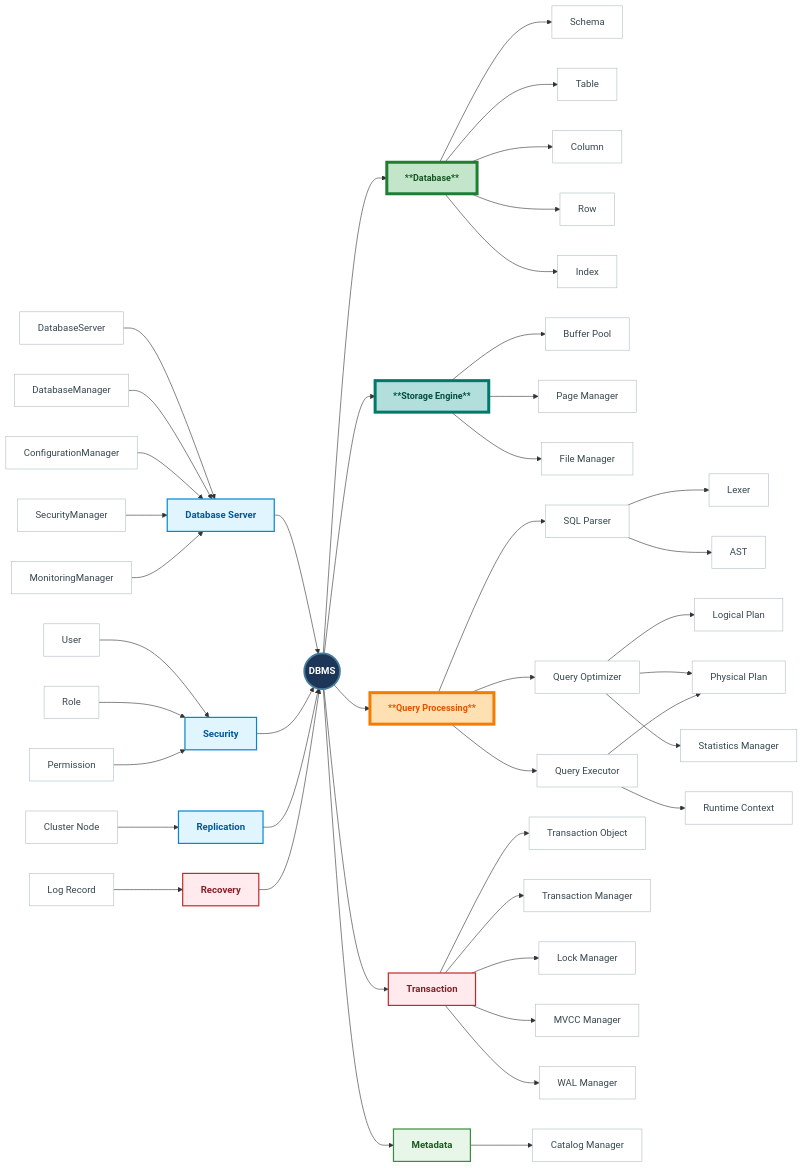
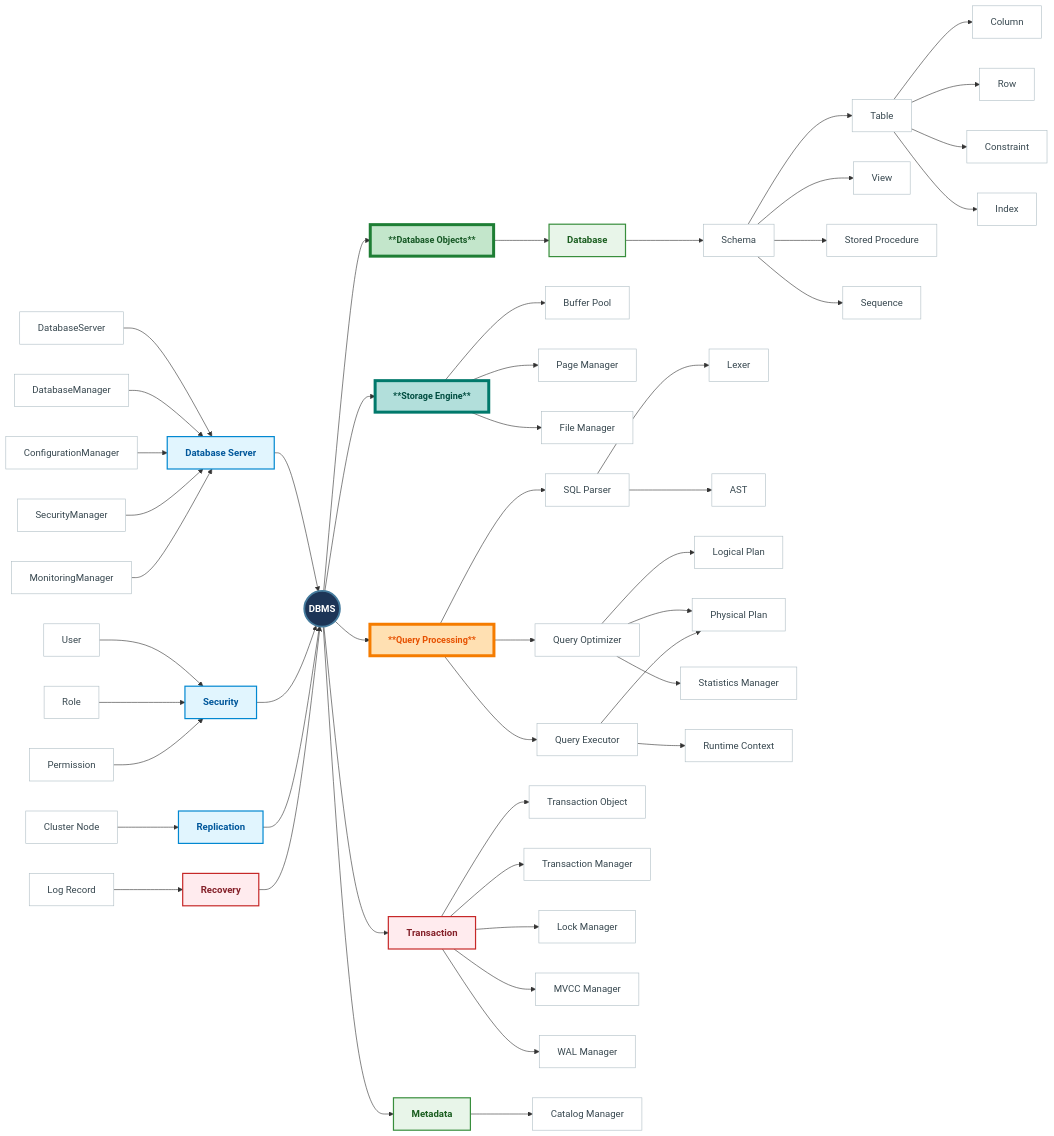
One commit to Huy1801214/dbms-architecture changed the first of 11 diagrams in docs/README.md. Above: the diagram before and after it, drawn with Mermaid. The commit also changed other lines of this file and 2 other files, not shown here.

Commit message:
add DBMS system architecture diagrams and class model documentation

```diff
--- a/docs/README.md
+++ b/docs/README.md
@@ -26,7 +26,8 @@
     LogRecord["Log Record"]:::leafStyle
 
     %% Right-side Branches
-    Database["**Database**"]:::highlightCatalog
+    DatabaseObjects["**Database Objects**"]:::highlightCatalog
+    Database["Database"]:::branchCatalog
     Storage["**Storage Engine**"]:::highlightStorage
     Query["**Query Processing**"]:::highlightQuery
     Transaction["Transaction"]:::branchTx
@@ -36,7 +37,11 @@
     Table["Table"]:::leafStyle
     Column["Column"]:::leafStyle
     Row["Row"]:::leafStyle
+    Constraint["Constraint"]:::leafStyle
     Index["Index"]:::leafStyle
+    View["View"]:::leafStyle
+    StoredProcedure["Stored Procedure"]:::leafStyle
+    Sequence["Sequence"]:::leafStyle
     
     BufferPool["Buffer Pool"]:::leafStyle
     PageManager["Page Manager"]:::leafStyle
@@ -86,17 +91,22 @@
     LogRecord --> Recovery
 
     %% Right Side Connections (pointing right)
-    DBMS --> Database
+    DBMS --> DatabaseObjects
     DBMS --> Storage
     DBMS --> Query
     DBMS --> Transaction
     DBMS --> Metadata
 
+    DatabaseObjects --> Database
     Database --> Schema
-    Database --> Table
-    Database --> Column
-    Database --> Row
-    Database --> Index
+    Schema --> Table
+    Schema --> View
+    Schema --> StoredProcedure
+    Schema --> Sequence
+    Table --> Column
+    Table --> Row
+    Table --> Constraint
+    Table --> Index
 
     Storage --> BufferPool
     Storage --> PageManager
```
